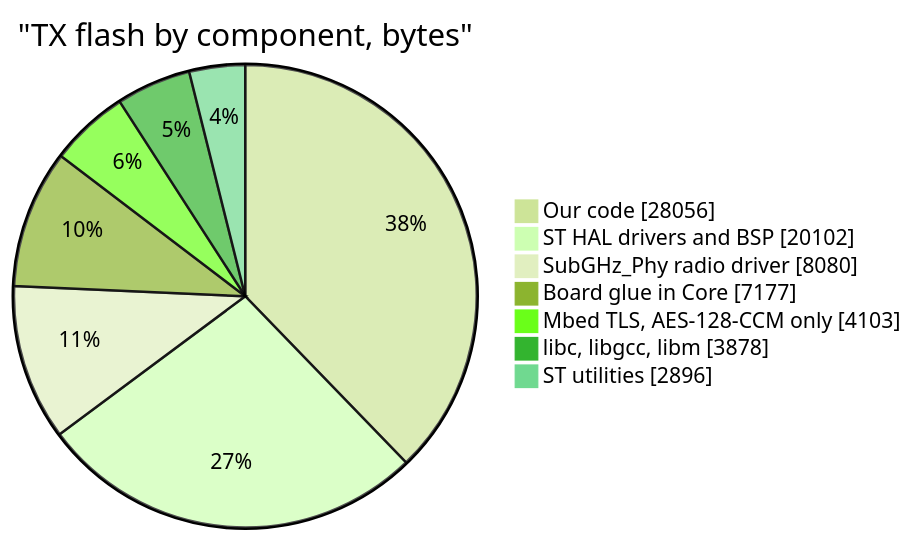
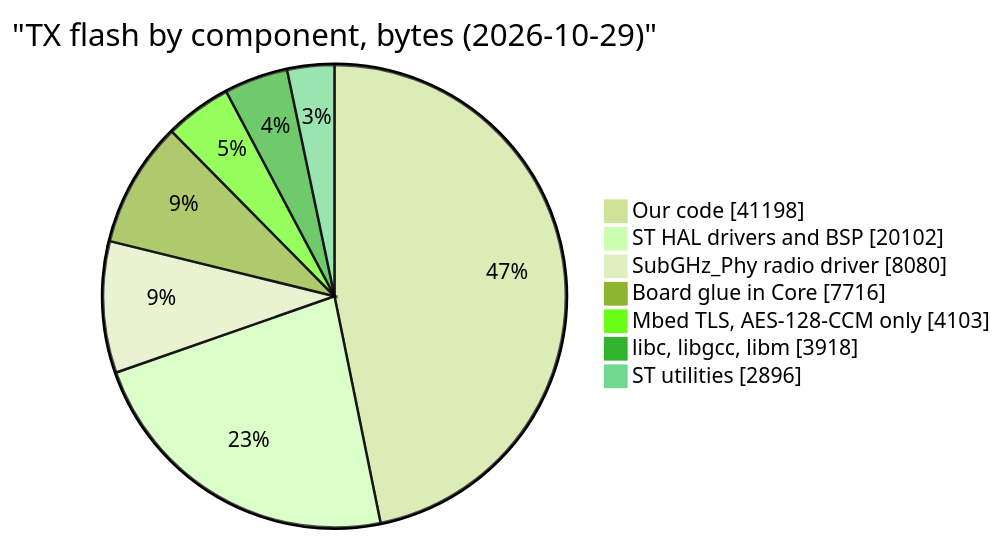
One commit to clintecker/weather-station-2026 changed the second of 6 diagrams in docs/firmware-budget.md. Above: the diagram before and after it, drawn with Mermaid (forest theme). The commit also changed other lines of this file and 303 other files, not shown here.

````diff
--- a/docs/firmware-budget.md
+++ b/docs/firmware-budget.md
@@ -90,10 +154,10 @@
 ```mermaid
-pie showData title "TX flash by component, bytes"
-  "Our code" : 28056
+pie showData title "TX flash by component, bytes (2026-10-29)"
+  "Our code" : 41198
   "ST HAL drivers and BSP" : 20102
   "SubGHz_Phy radio driver" : 8080
-  "Board glue in Core" : 7177
+  "Board glue in Core" : 7716
   "Mbed TLS, AES-128-CCM only" : 4103
-  "libc, libgcc, libm" : 3878
+  "libc, libgcc, libm" : 3918
   "ST utilities" : 2896
 ```
````
